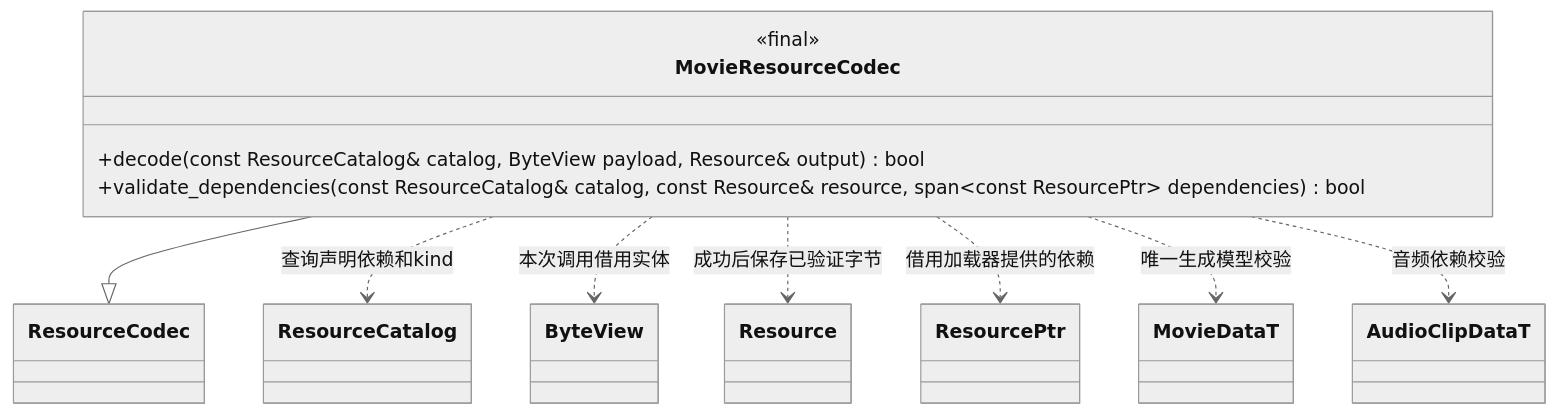
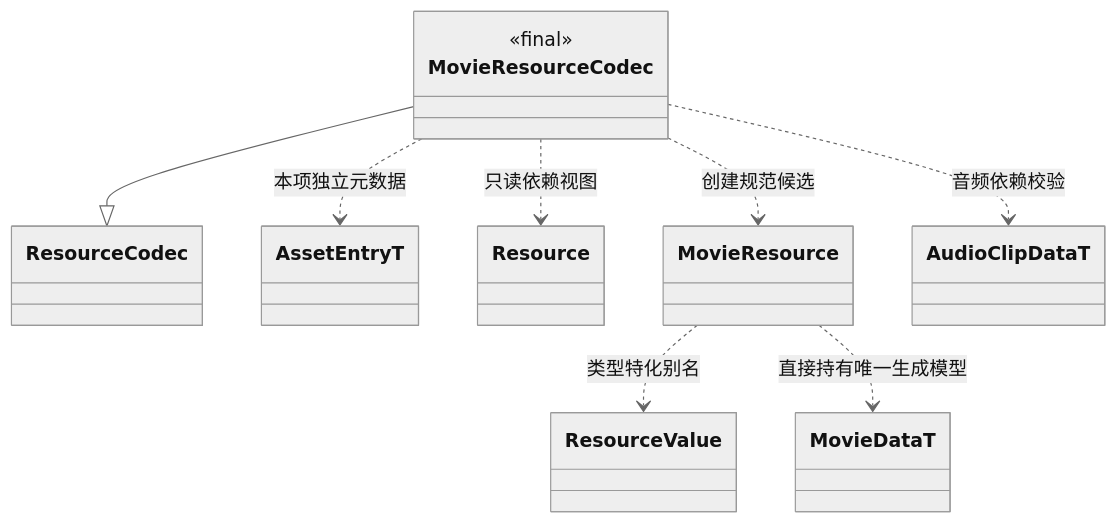
The second of 2 diagrams in docs/runtime/class-diagrams/movie-data.md (lcals/Engine), drawn with Mermaid (neutral theme) before and after one commit. The commit also changed other lines of this file and 391 other files, not shown here.

````diff
--- a/docs/runtime/class-diagrams/movie-data.md
+++ b/docs/runtime/class-diagrams/movie-data.md
@@ -102,22 +104,20 @@
 ```mermaid
 classDiagram
     class MovieResourceCodec {
         <<final>>
-        +decode(const ResourceCatalog& catalog, ByteView payload, Resource& output) bool
-        +validate_dependencies(const ResourceCatalog& catalog, const Resource& resource, span~const ResourcePtr~ dependencies) bool
     }
     class ResourceCodec
-    class ResourceCatalog
+    class AssetEntryT
     class Resource
-    class ByteView
-    class ResourcePtr
+    class MovieResource
+    class ResourceValue
     class MovieDataT
     class AudioClipDataT
     MovieResourceCodec --|> ResourceCodec
-    MovieResourceCodec ..> ResourceCatalog : 查询声明依赖和kind
-    MovieResourceCodec ..> ByteView : 本次调用借用实体
-    MovieResourceCodec ..> Resource : 成功后保存已验证字节
-    MovieResourceCodec ..> ResourcePtr : 借用加载器提供的依赖
-    MovieResourceCodec ..> MovieDataT : 唯一生成模型校验
+    MovieResourceCodec ..> AssetEntryT : 本项独立元数据
+    MovieResourceCodec ..> MovieResource : 创建规范候选
+    MovieResource ..> ResourceValue : 类型特化别名
+    MovieResource ..> MovieDataT : 直接持有唯一生成模型
+    MovieResourceCodec ..> Resource : 只读依赖视图
     MovieResourceCodec ..> AudioClipDataT : 音频依赖校验
 ```
````
